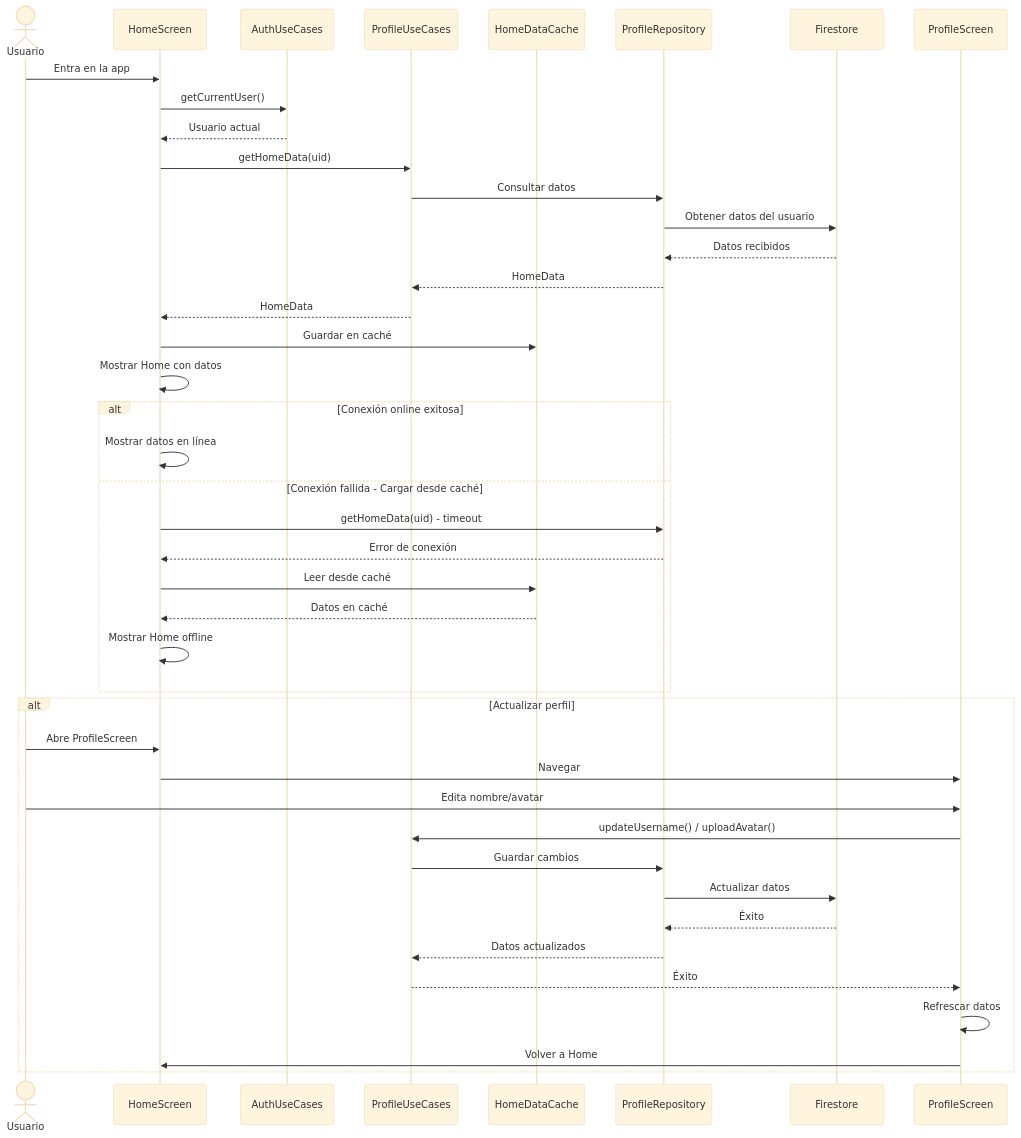
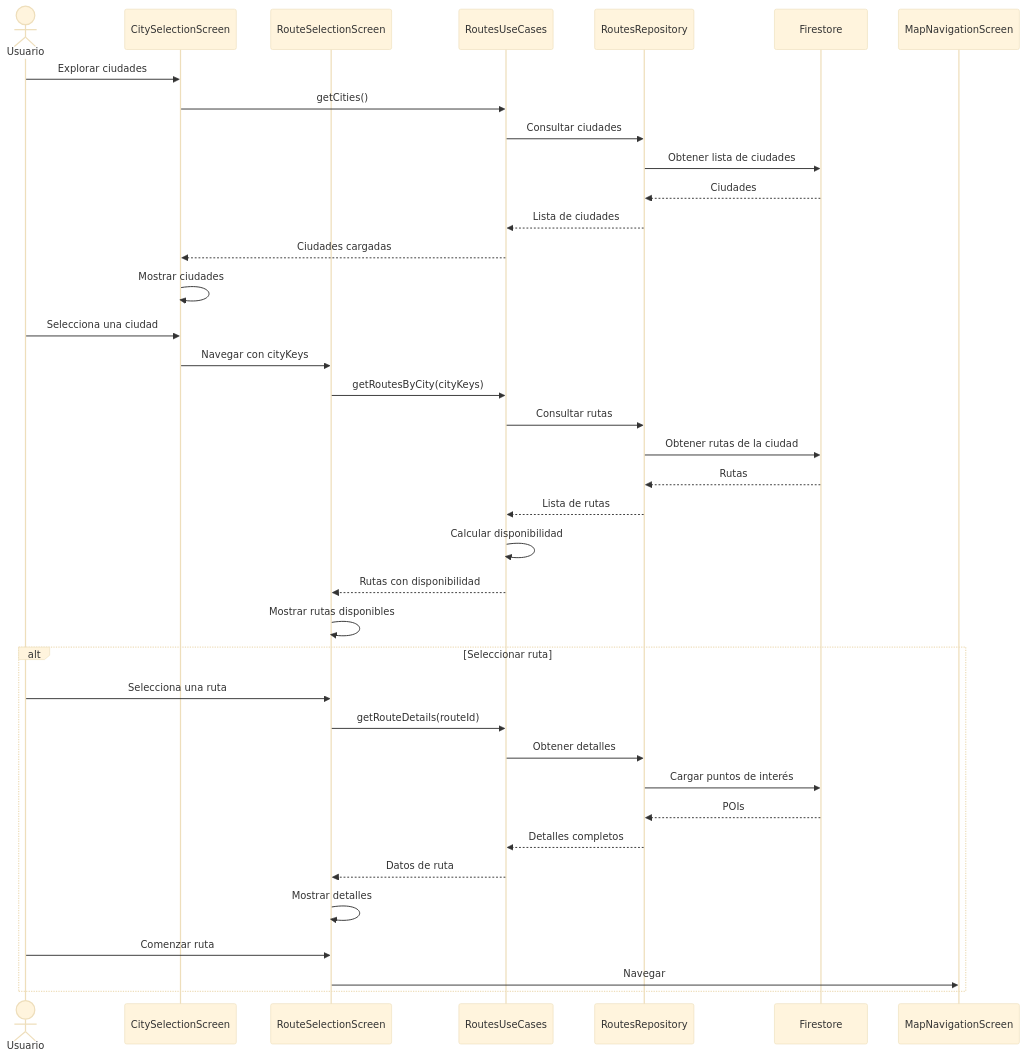
Before and after one commit to TurisTechTeam-Dev/rutexgo-assets: the first of 7 diagrams in diagrama.md, drawn with Mermaid (base theme).

````diff
--- a/diagrama.md
+++ b/diagrama.md
@@ -1,46 +1,42 @@
 ```mermaid
 sequenceDiagram
     actor Usuario
-    participant HomeScreen
-    participant AuthUseCases
-    participant ProfileUseCases
-    participant HomeDataCache
-    participant ProfileRepository
+    participant CitySelectionScreen
+    participant RouteSelectionScreen
+    participant RoutesUseCases
+    participant RoutesRepository
     participant Firestore
 
-    Usuario->>HomeScreen: Entra en la app
-    HomeScreen->>AuthUseCases: getCurrentUser()
-    AuthUseCases-->>HomeScreen: Usuario actual
-    HomeScreen->>ProfileUseCases: getHomeData(uid)
-    ProfileUseCases->>ProfileRepository: Consultar datos
-    ProfileRepository->>Firestore: Obtener datos del usuario
-    Firestore-->>ProfileRepository: Datos recibidos
-    ProfileRepository-->>ProfileUseCases: HomeData
-    ProfileUseCases-->>HomeScreen: HomeData
-    HomeScreen->>HomeDataCache: Guardar en caché
-    HomeScreen->>HomeScreen: Mostrar Home con datos
+    Usuario->>CitySelectionScreen: Explorar ciudades
+    CitySelectionScreen->>RoutesUseCases: getCities()
+    RoutesUseCases->>RoutesRepository: Consultar ciudades
+    RoutesRepository->>Firestore: Obtener lista de ciudades
+    Firestore-->>RoutesRepository: Ciudades
+    RoutesRepository-->>RoutesUseCases: Lista de ciudades
+    RoutesUseCases-->>CitySelectionScreen: Ciudades cargadas
+    CitySelectionScreen->>CitySelectionScreen: Mostrar ciudades
 
-    alt Conexión online exitosa
-        HomeScreen->>HomeScreen: Mostrar datos en línea
-    else Conexión fallida - Cargar desde caché
-        HomeScreen->>ProfileRepository: getHomeData(uid) - timeout
-        ProfileRepository-->>HomeScreen: Error de conexión
-        HomeScreen->>HomeDataCache: Leer desde caché
-        HomeDataCache-->>HomeScreen: Datos en caché
-        HomeScreen->>HomeScreen: Mostrar Home offline
-    end
+    Usuario->>CitySelectionScreen: Selecciona una ciudad
+    CitySelectionScreen->>RouteSelectionScreen: Navegar con cityKeys
+    RouteSelectionScreen->>RoutesUseCases: getRoutesByCity(cityKeys)
+    RoutesUseCases->>RoutesRepository: Consultar rutas
+    RoutesRepository->>Firestore: Obtener rutas de la ciudad
+    Firestore-->>RoutesRepository: Rutas
+    RoutesRepository-->>RoutesUseCases: Lista de rutas
+    RoutesUseCases->>RoutesUseCases: Calcular disponibilidad
+    RoutesUseCases-->>RouteSelectionScreen: Rutas con disponibilidad
+    RouteSelectionScreen->>RouteSelectionScreen: Mostrar rutas disponibles
 
-    alt Actualizar perfil
-        Usuario->>HomeScreen: Abre ProfileScreen
-        HomeScreen->>ProfileScreen: Navegar
-        Usuario->>ProfileScreen: Edita nombre/avatar
-        ProfileScreen->>ProfileUseCases: updateUsername() / uploadAvatar()
-        ProfileUseCases->>ProfileRepository: Guardar cambios
-        ProfileRepository->>Firestore: Actualizar datos
-        Firestore-->>ProfileRepository: Éxito
-        ProfileRepository-->>ProfileUseCases: Datos actualizados
-        ProfileUseCases-->>ProfileScreen: Éxito
-        ProfileScreen->>ProfileScreen: Refrescar datos
-        ProfileScreen->>HomeScreen: Volver a Home
+    alt Seleccionar ruta
+        Usuario->>RouteSelectionScreen: Selecciona una ruta
+        RouteSelectionScreen->>RoutesUseCases: getRouteDetails(routeId)
+        RoutesUseCases->>RoutesRepository: Obtener detalles
+        RoutesRepository->>Firestore: Cargar puntos de interés
+        Firestore-->>RoutesRepository: POIs
+        RoutesRepository-->>RoutesUseCases: Detalles completos
+        RoutesUseCases-->>RouteSelectionScreen: Datos de ruta
+        RouteSelectionScreen->>RouteSelectionScreen: Mostrar detalles
+        Usuario->>RouteSelectionScreen: Comenzar ruta
+        RouteSelectionScreen->>MapNavigationScreen: Navegar
     end
 ```
````
